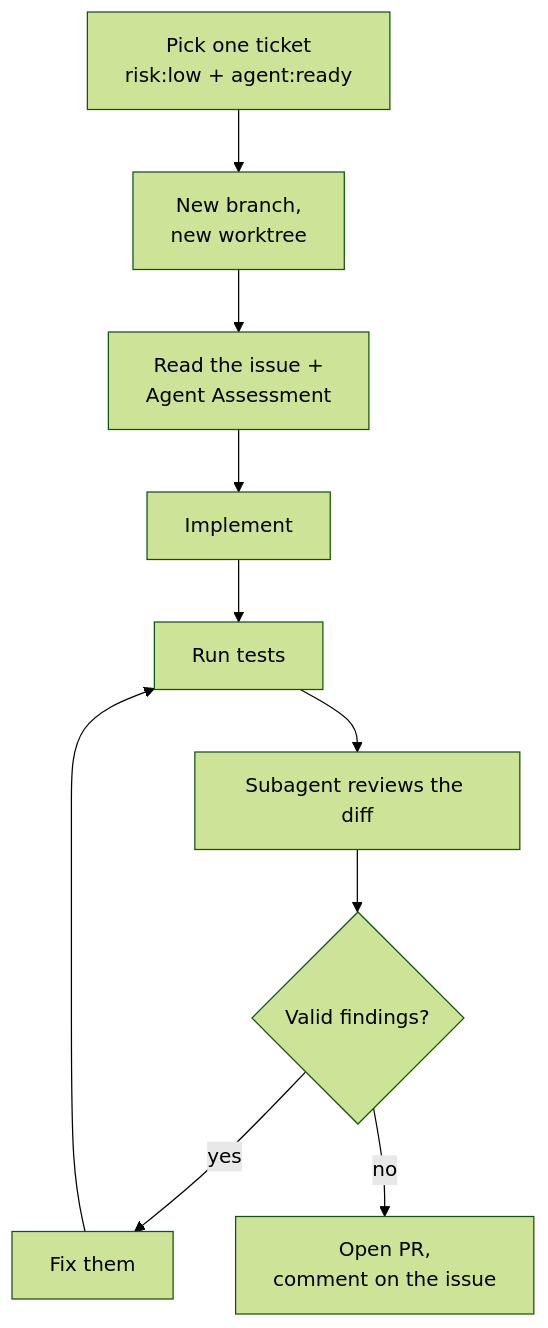
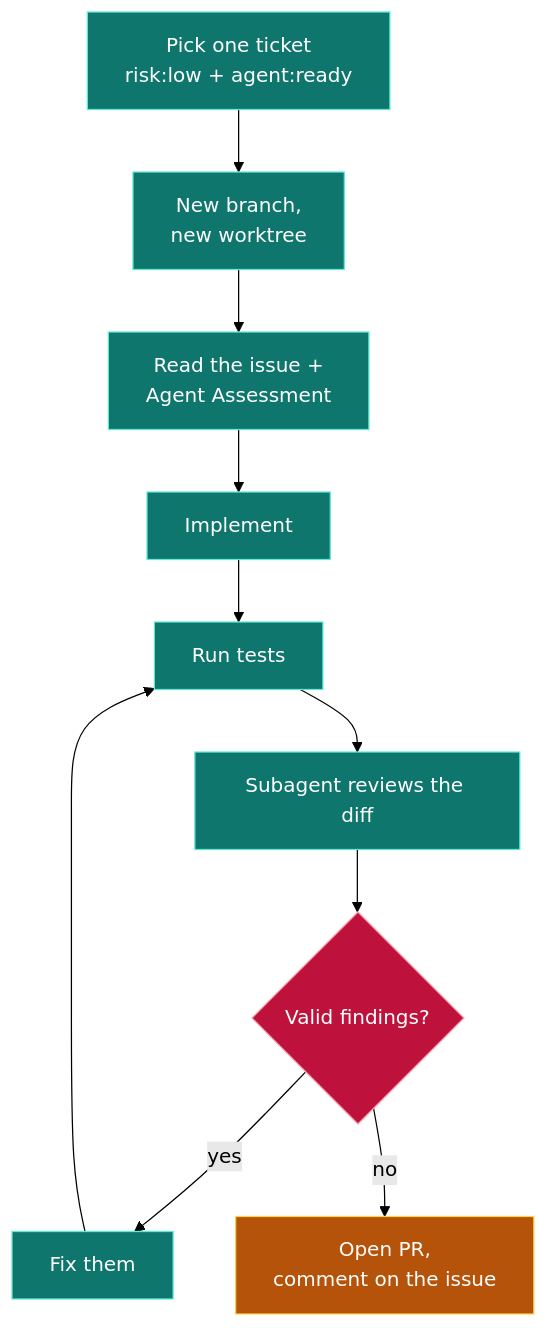
One commit to owainlewis/youtube-tutorials changed the eighth of 8 diagrams in tutorials/loop-engineering/README.md. Above: the diagram before and after it, drawn with Mermaid (forest theme). The commit also changed other lines of this file, not shown here.

Commit message:
docs: color mermaid diagrams for dark mode readability

````diff
--- a/tutorials/loop-engineering/README.md
+++ b/tutorials/loop-engineering/README.md
@@ -382,11 +437,18 @@
 ```mermaid
 graph TB
     A[Pick one ticket<br/>risk:low + agent:ready] --> B[New branch,<br/>new worktree]
     B --> C[Read the issue +<br/>Agent Assessment]
     C --> D[Implement]
     D --> E[Run tests]
     E --> F[Subagent reviews the diff]
     F --> G{Valid findings?}
     G -->|yes| H[Fix them] --> E
     G -->|no| I[Open PR,<br/>comment on the issue]
+
+    classDef worker fill:#0f766e,stroke:#5eead4,color:#ffffff
+    classDef gate fill:#be123c,stroke:#fda4af,color:#ffffff
+    classDef output fill:#b45309,stroke:#fcd34d,color:#ffffff
+    class A,B,C,D,E,F,H worker
+    class G gate
+    class I output
 ```
````
